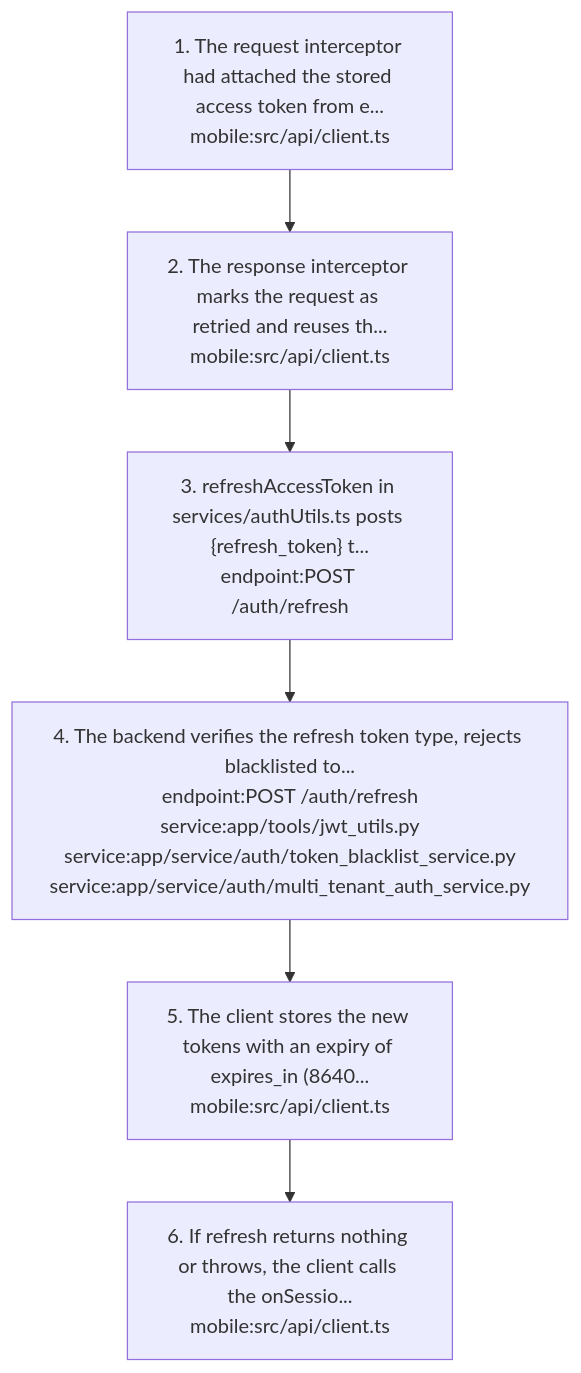
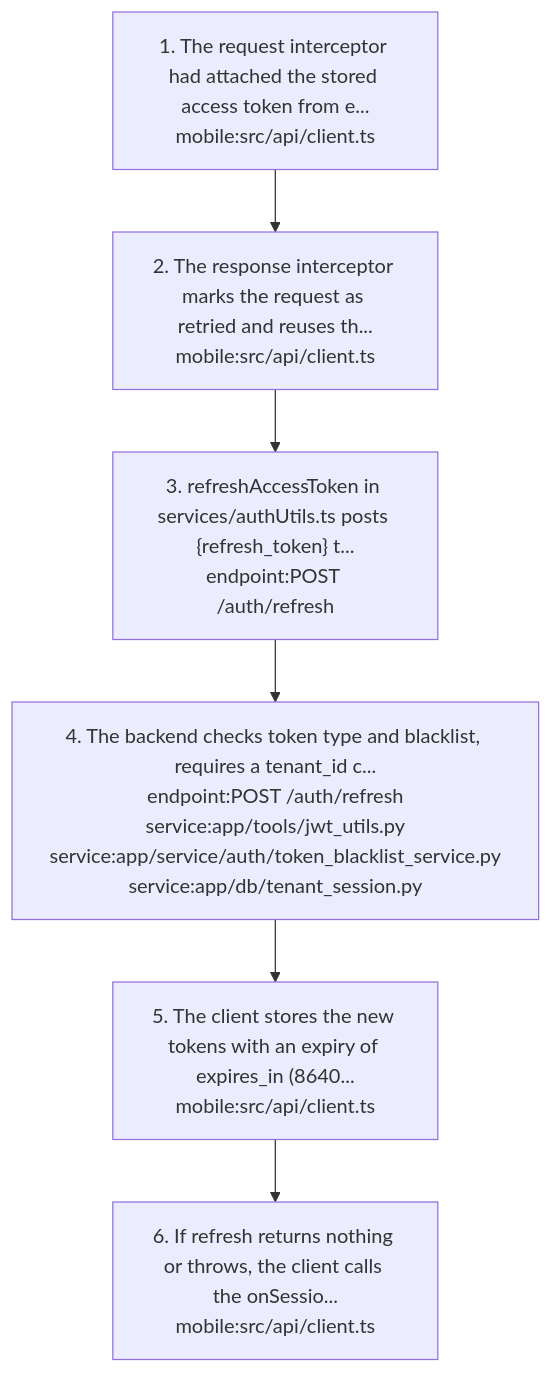
Before and after one commit to nerellasraj21/cos360_full_app: the sixth of 7 diagrams in docs/graph/views/platform.md, drawn with Mermaid. The commit also changed other lines of this file and 44 other files, not shown here.

First line of the commit message:
Re-verify project docs and knowledge graph against current code

````diff
--- a/docs/graph/views/platform.md
+++ b/docs/graph/views/platform.md
@@ -224,14 +243,14 @@
 ```mermaid
 flowchart TD
   s1["1. The request interceptor had attached the stored access token from e...<br/>mobile:src/api/client.ts"]
   s2["2. The response interceptor marks the request as retried and reuses th...<br/>mobile:src/api/client.ts"]
   s1 --> s2
   s3["3. refreshAccessToken in services/authUtils.ts posts {refresh_token} t...<br/>endpoint:POST /auth/refresh"]
   s2 --> s3
-  s4["4. The backend verifies the refresh token type, rejects blacklisted to...<br/>endpoint:POST /auth/refresh<br/>service:app/tools/jwt_utils.py<br/>service:app/service/auth/token_blacklist_service.py<br/>service:app/service/auth/multi_tenant_auth_service.py"]
+  s4["4. The backend checks token type and blacklist, requires a tenant_id c...<br/>endpoint:POST /auth/refresh<br/>service:app/tools/jwt_utils.py<br/>service:app/service/auth/token_blacklist_service.py<br/>service:app/db/tenant_session.py"]
   s3 --> s4
   s5["5. The client stores the new tokens with an expiry of expires_in (8640...<br/>mobile:src/api/client.ts"]
   s4 --> s5
   s6["6. If refresh returns nothing or throws, the client calls the onSessio...<br/>mobile:src/api/client.ts"]
   s5 --> s6
 ```
````
